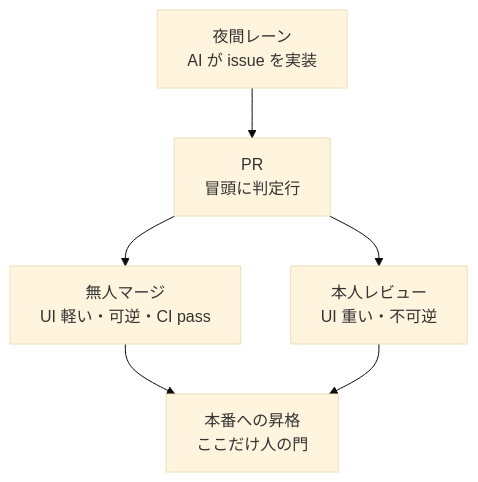
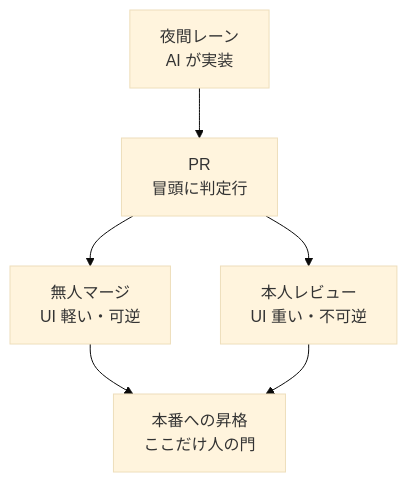
The diagram in README.md (MichiKotani/MichiKotani), drawn with Mermaid (base theme) before and after one commit.

Commit message:
docs: 図の箱の中の改行崩れを直す

````diff
--- a/README.md
+++ b/README.md
@@ -7,8 +7,8 @@
 ```mermaid
 flowchart TD
-  B[夜間レーン<br/>AI が issue を実装] --> C[PR<br/>冒頭に判定行]
-  C --> D[無人マージ<br/>UI 軽い・可逆・CI pass]
+  B[夜間レーン<br/>AI が実装] --> C[PR<br/>冒頭に判定行]
+  C --> D[無人マージ<br/>UI 軽い・可逆]
   C --> E[本人レビュー<br/>UI 重い・不可逆]
   D --> F[本番への昇格<br/>ここだけ人の門]
   E --> F
 ```
````
